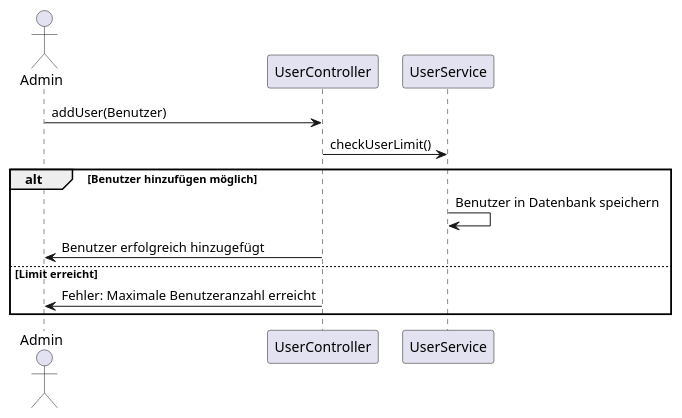
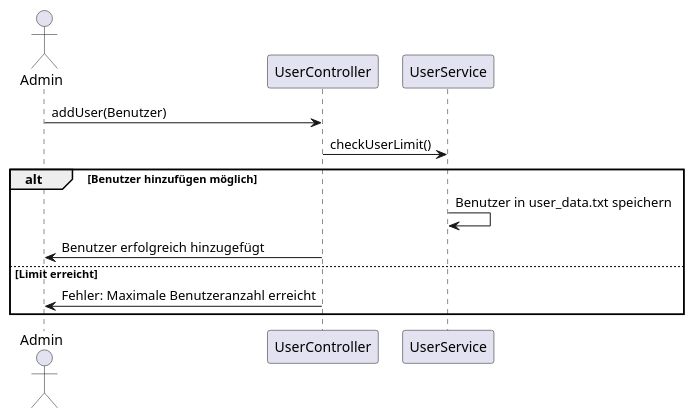
The diagram in docs/user_management_sequence.puml (ReniIrinyi/FocusFlow), drawn with PlantUML before and after one commit. The commit also changed 23 other files, not shown here.

```diff
--- a/docs/user_management_sequence.puml
+++ b/docs/user_management_sequence.puml
@@ -1,14 +1,14 @@
 @startuml
 actor Admin
 participant "UserController" as UC
 participant "UserService" as US
 
 Admin -> UC : addUser(Benutzer)
 UC -> US : checkUserLimit()
 alt Benutzer hinzufügen möglich
-    US -> US : Benutzer in Datenbank speichern
+    US -> US : Benutzer in user_data.txt speichern
     UC -> Admin : Benutzer erfolgreich hinzugefügt
 else Limit erreicht
     UC -> Admin : Fehler: Maximale Benutzeranzahl erreicht
 end
 @enduml
```
